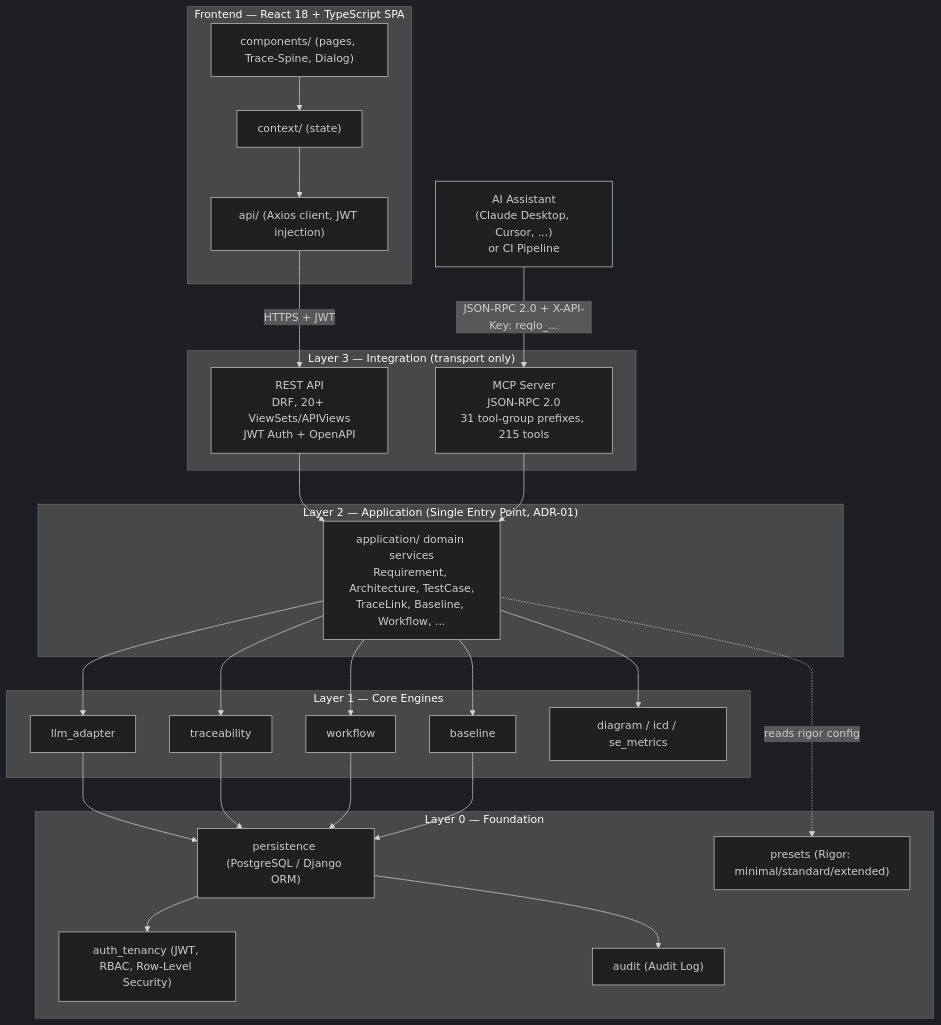
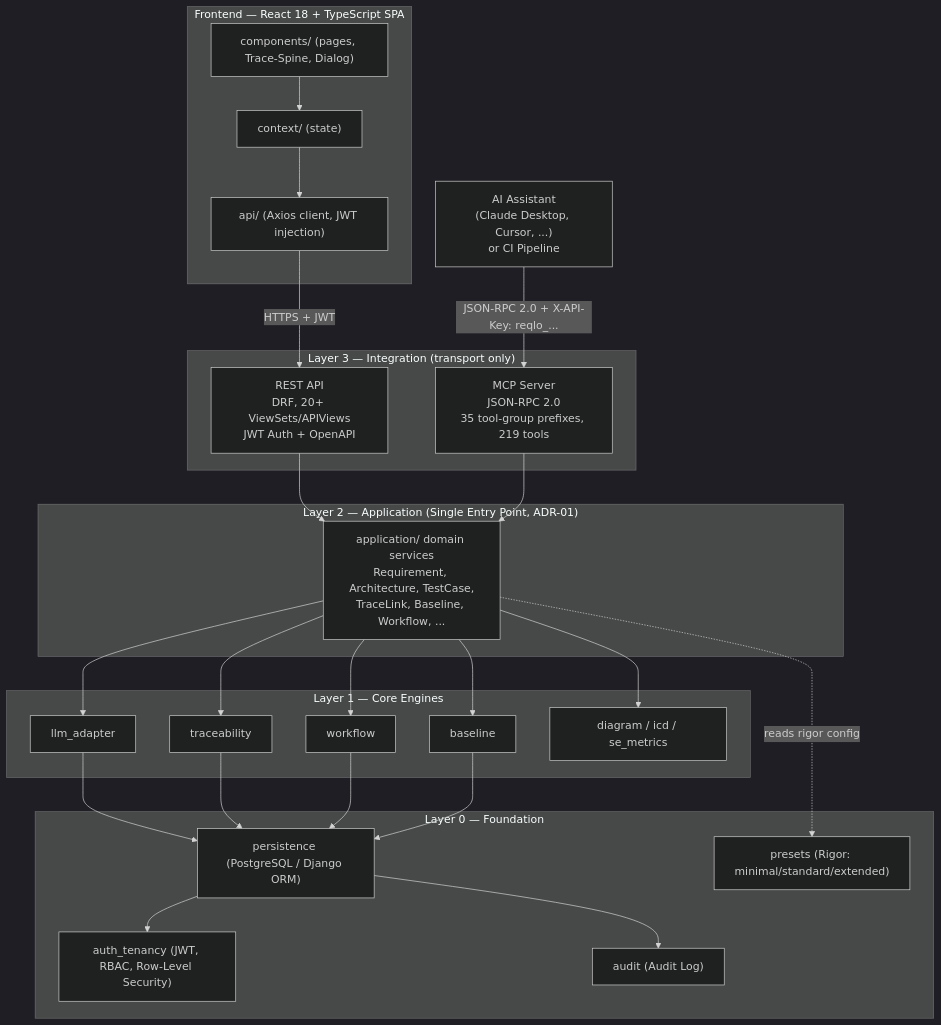
One commit to Popoboxxo/ReqogniLoom changed the first of 3 diagrams in README.md. Above: the diagram before and after it, drawn with Mermaid (dark theme). The commit also changed other lines of this file, not shown here.

Commit message:
docs: correct the MCP surface counts in the README (#1085)
The README still claimed 31 tool-group prefixes and 215 tools, and the
prefix list itself had drifted (no comment, icd, attribute_catalog or
attribute_migration). Re-derived from tools/list: 35 prefixes, 219 tools,
and the full prefix list is now enumerated so a future gap is visible
instead of needing a count to be trusted.

````diff
--- a/README.md
+++ b/README.md
@@ -101,53 +101,53 @@
 ```mermaid
 graph TD
     subgraph FE["Frontend — React 18 + TypeScript SPA"]
         UI["components/ (pages, Trace-Spine, Dialog)"]
         CTX["context/ (state)"]
         APICLIENT["api/ (Axios client, JWT injection)"]
         UI --> CTX --> APICLIENT
     end
 
     EXT["AI Assistant<br/>(Claude Desktop, Cursor, ...)<br/>or CI Pipeline"]
 
     subgraph L3["Layer 3 — Integration (transport only)"]
         REST["REST API<br/>DRF, 20+ ViewSets/APIViews<br/>JWT Auth + OpenAPI"]
-        MCP["MCP Server<br/>JSON-RPC 2.0<br/>31 tool-group prefixes, 215 tools"]
+        MCP["MCP Server<br/>JSON-RPC 2.0<br/>35 tool-group prefixes, 219 tools"]
     end
 
     subgraph L2["Layer 2 — Application (Single Entry Point, ADR-01)"]
         APP["application/ domain services<br/>Requirement, Architecture, TestCase,<br/>TraceLink, Baseline, Workflow, ..."]
     end
 
     subgraph L1["Layer 1 — Core Engines"]
         LLM["llm_adapter"]
         TRACE["traceability"]
         WF["workflow"]
         BASE["baseline"]
         DIAG["diagram / icd / se_metrics"]
     end
 
     subgraph L0["Layer 0 — Foundation"]
         PERSIST["persistence (PostgreSQL / Django ORM)"]
         AUTH["auth_tenancy (JWT, RBAC, Row-Level Security)"]
         PRESET["presets (Rigor: minimal/standard/extended)"]
         AUDIT["audit (Audit Log)"]
     end
 
     APICLIENT -->|"HTTPS + JWT"| REST
     EXT -->|"JSON-RPC 2.0 + X-API-Key: reqlo_..."| MCP
 
     REST --> APP
     MCP --> APP
     APP --> LLM
     APP --> TRACE
     APP --> WF
     APP --> BASE
     APP --> DIAG
     APP -.->|"reads rigor config"| PRESET
     LLM --> PERSIST
     TRACE --> PERSIST
     WF --> PERSIST
     BASE --> PERSIST
     PERSIST --> AUTH
     PERSIST --> AUDIT
 ```
````
